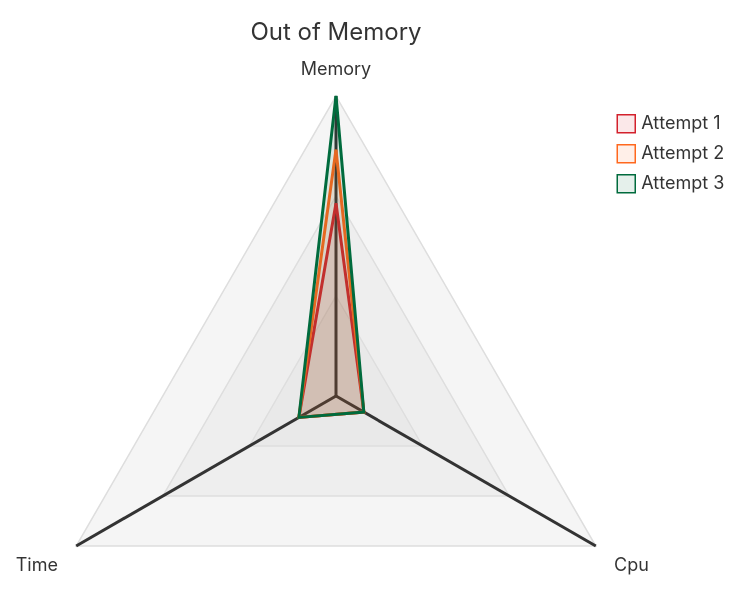
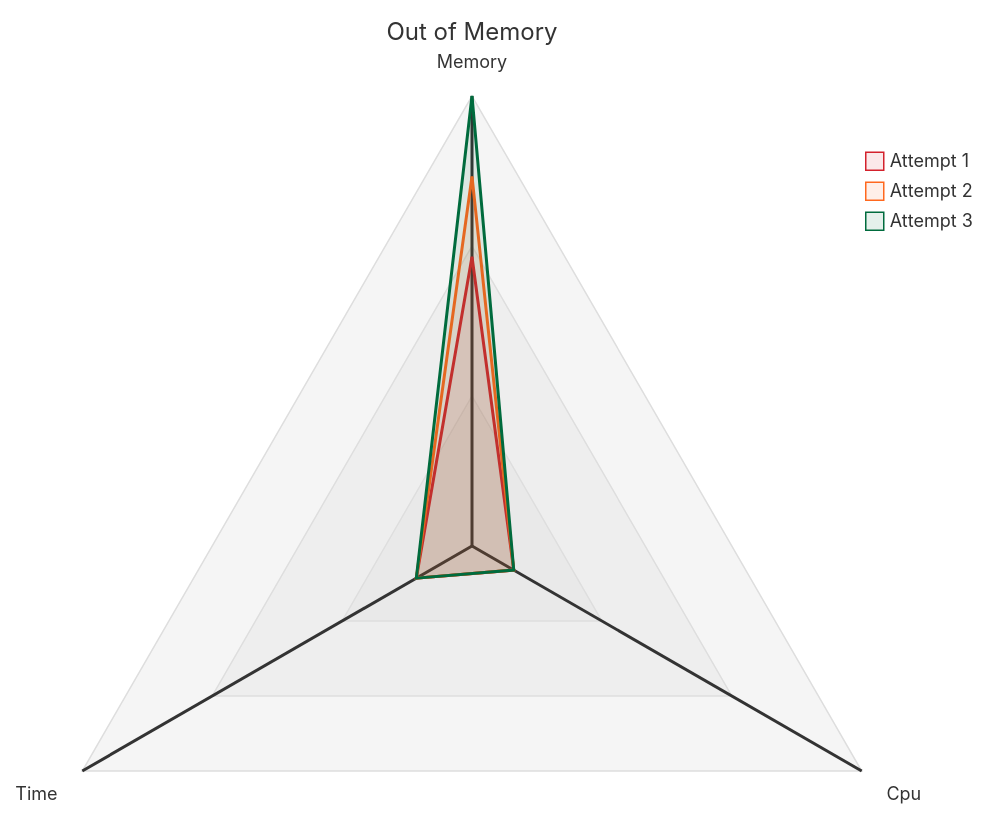
The first of 3 diagrams in docs/iris.md (nf-core/configs), drawn with Mermaid before and after one commit. The commit also changed other lines of this file, not shown here.

Commit message:
Reorganized charts

````diff
--- a/docs/iris.md
+++ b/docs/iris.md
@@ -192,23 +172,20 @@
 ```mermaid
 ---
 config:
-    radar:
-        width: 400
-        height: 400
     themeVariables:
         cScale0: "#D3212C"
         cScale1: "#FF681E"
         cScale2: "#006B3D"
         radar:
             curveOpacity: .10
             curveStrokeWidth: 2
 ---
 radar-beta
   title Out of Memory
   axis m["Memory"], s["Cpu"], e["Time"]
   curve a["Attempt 1"]{36,6, 8}
   curve b["Attempt 2"]{46,6, 8}
   curve c["Attempt 3"]{56,6, 8}
   graticule polygon
   ticks 3
 ```
````
